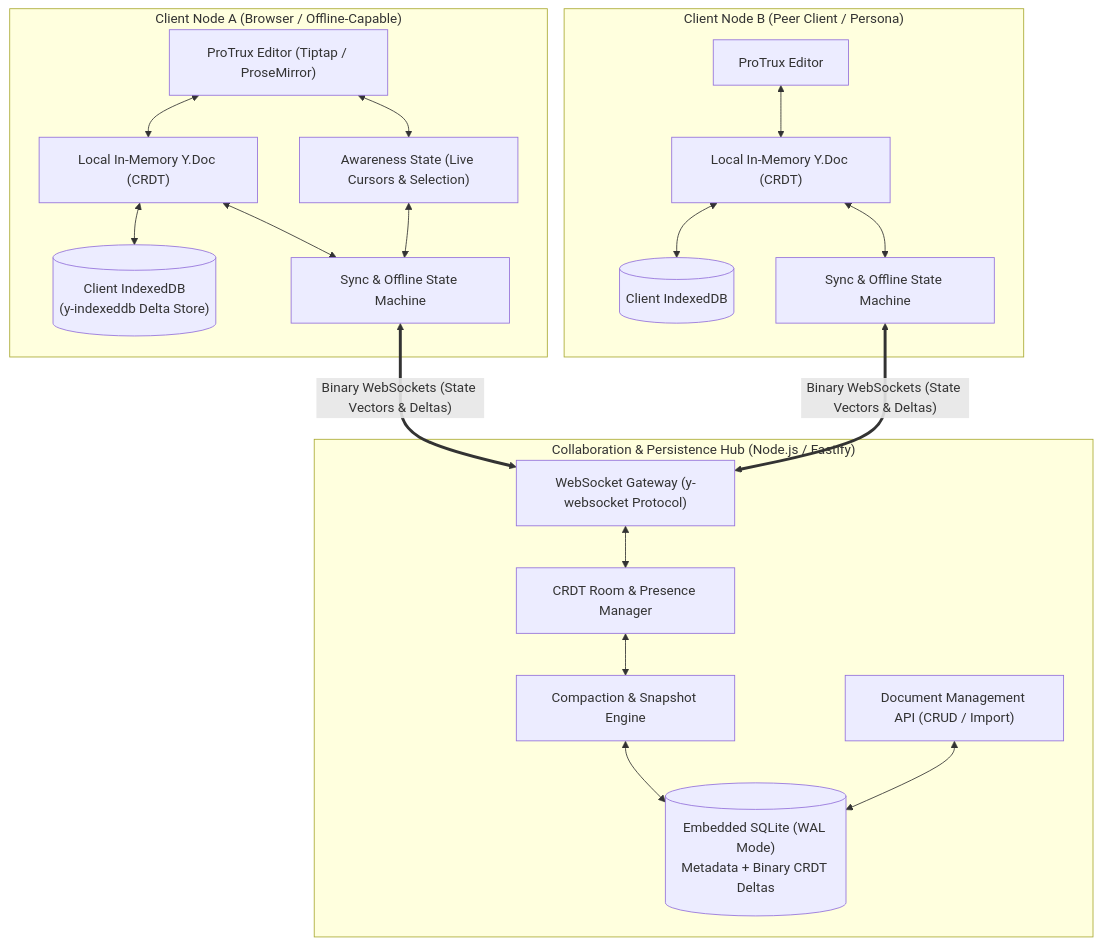
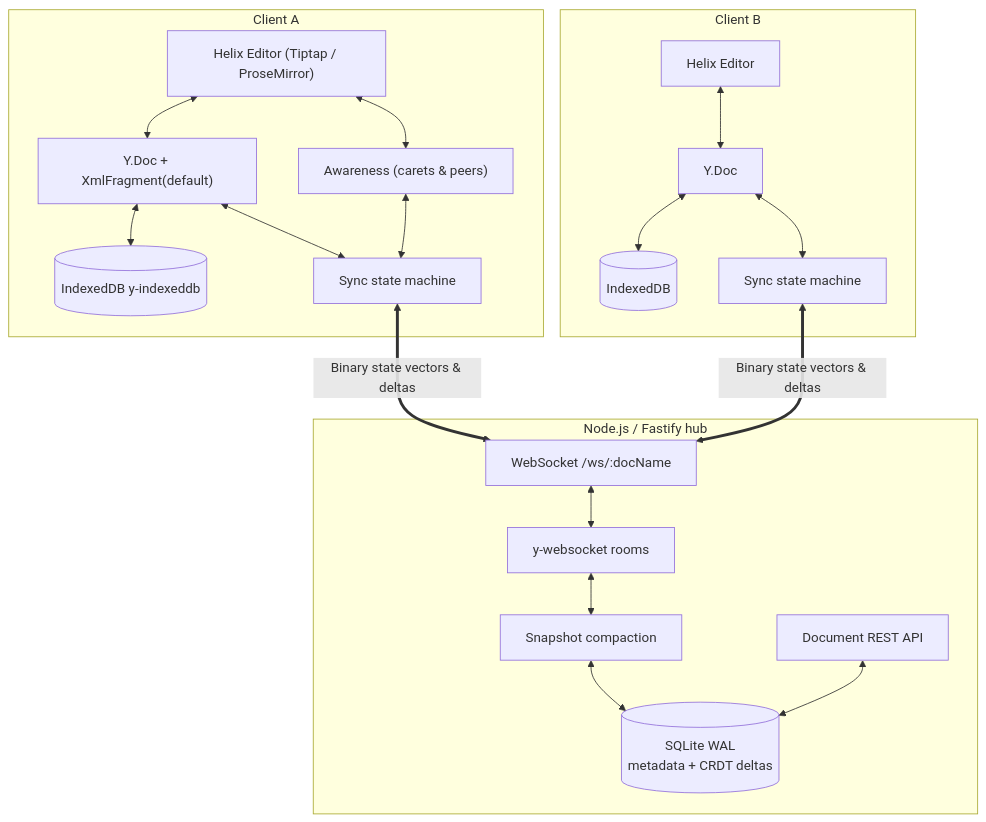
The first of 2 diagrams in README.md (sevara-s/ProTrux-docs), drawn with Mermaid before and after one commit. The commit also changed other lines of this file and 40 other files, not shown here.

````diff
--- a/README.md
+++ b/README.md
@@ -28,43 +28,43 @@
 ```mermaid
 flowchart TB
-    subgraph Browser_A ["Client Node A (Browser / Offline-Capable)"]
-        Editor_A["ProTrux Editor (Tiptap / ProseMirror)"]
-        YDoc_A["Local In-Memory Y.Doc (CRDT)"]
-        Awareness_A["Awareness State (Live Cursors & Selection)"]
-        IDB_A[("Client IndexedDB\n(y-indexeddb Delta Store)")]
-        Sync_A["Sync & Offline State Machine"]
+    subgraph Browser_A ["Client A"]
+        Editor_A["Helix Editor (Tiptap / ProseMirror)"]
+        YDoc_A["Y.Doc + XmlFragment(default)"]
+        Awareness_A["Awareness (carets & peers)"]
+        IDB_A[("IndexedDB y-indexeddb")]
+        Sync_A["Sync state machine"]
 
         Editor_A <--> YDoc_A
         Editor_A <--> Awareness_A
         YDoc_A <--> IDB_A
         YDoc_A <--> Sync_A
         Awareness_A <--> Sync_A
     end
 
-    subgraph Browser_B ["Client Node B (Peer Client / Persona)"]
-        Editor_B["ProTrux Editor"]
-        YDoc_B["Local In-Memory Y.Doc (CRDT)"]
-        IDB_B[("Client IndexedDB")]
-        Sync_B["Sync & Offline State Machine"]
+    subgraph Browser_B ["Client B"]
+        Editor_B["Helix Editor"]
+        YDoc_B["Y.Doc"]
+        IDB_B[("IndexedDB")]
+        Sync_B["Sync state machine"]
 
         Editor_B <--> YDoc_B
         YDoc_B <--> IDB_B
         YDoc_B <--> Sync_B
     end
 
-    subgraph Server ["Collaboration & Persistence Hub (Node.js / Fastify)"]
-        WSS["WebSocket Gateway (y-websocket Protocol)"]
-        RoomHub["CRDT Room & Presence Manager"]
-        CompactionEngine["Compaction & Snapshot Engine"]
-        REST["Document Management API (CRUD / Import)"]
-        DB[("Embedded SQLite (WAL Mode)\nMetadata + Binary CRDT Deltas")]
+    subgraph Server ["Node.js / Fastify hub"]
+        WSS["WebSocket /ws/:docName"]
+        RoomHub["y-websocket rooms"]
+        Compaction["Snapshot compaction"]
+        REST["Document REST API"]
+        DB[("SQLite WAL\nmetadata + CRDT deltas")]
 
         WSS <--> RoomHub
-        RoomHub <--> CompactionEngine
-        CompactionEngine <--> DB
+        RoomHub <--> Compaction
+        Compaction <--> DB
         REST <--> DB
     end
 
-    Sync_A <== "Binary WebSockets (State Vectors & Deltas)" ==> WSS
-    Sync_B <== "Binary WebSockets (State Vectors & Deltas)" ==> WSS
+    Sync_A <== "Binary state vectors & deltas" ==> WSS
+    Sync_B <== "Binary state vectors & deltas" ==> WSS
 ```
````
